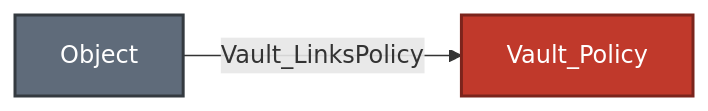
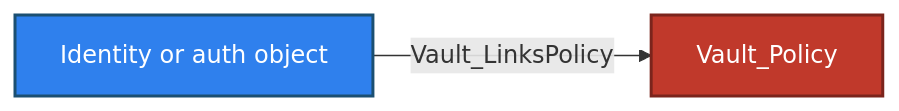
Before and after one commit to bytewreck/opengraph-vault: the second of 7 diagrams in Documentation/stores/POLICIES.md, drawn with Mermaid. The commit also changed other lines of this file and 3 other files, not shown here.

````diff
--- a/Documentation/stores/POLICIES.md
+++ b/Documentation/stores/POLICIES.md
@@ -56,7 +72,7 @@
 ```mermaid
 flowchart LR
-    object[Object]:::objectNode -->|Vault_LinksPolicy| policy[Vault_Policy]:::policyNode
+    object["Identity or auth object"]:::identityNode -->|Vault_LinksPolicy| policy[Vault_Policy]:::policyNode
 
-    classDef objectNode fill:#5F6B7A,color:#fff,stroke:#343A40,stroke-width:2px
+    classDef identityNode fill:#2F80ED,color:#fff,stroke:#1B4F72,stroke-width:2px
     classDef policyNode fill:#C0392B,color:#fff,stroke:#7B241C,stroke-width:2px
 ```
````
